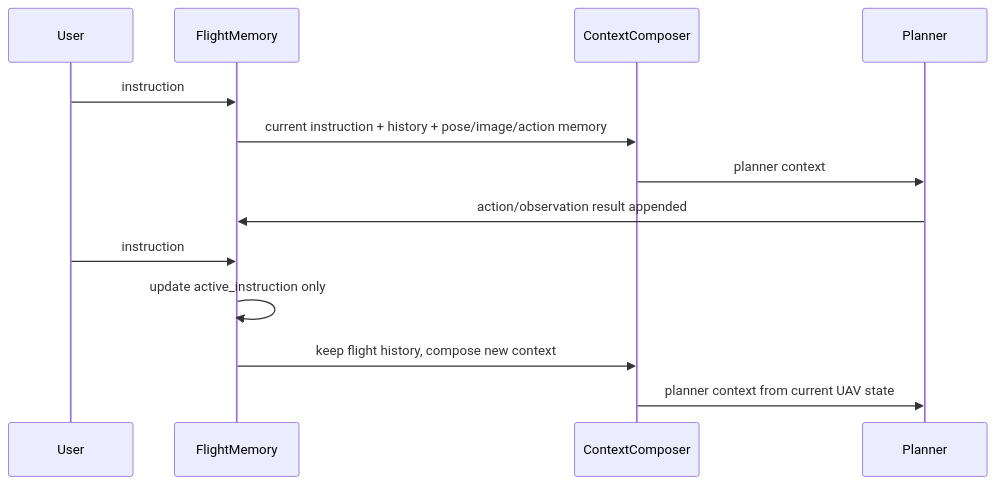
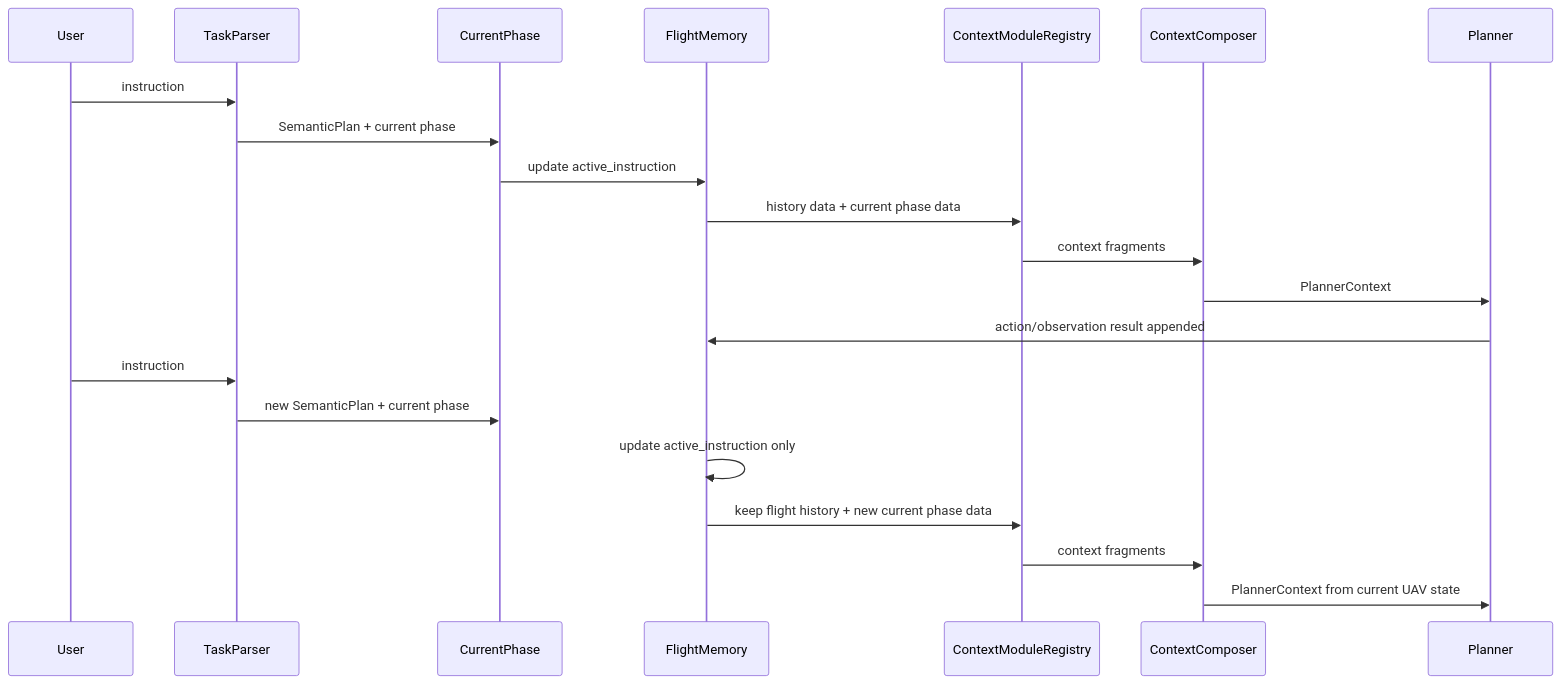
One commit to LZ6years/AeroPilot changed the second of 4 diagrams in docs/memory_system/03_context_composition.md. Above: the diagram before and after it, drawn with Mermaid. The commit also changed other lines of this file and 92 other files, not shown here.

````diff
--- a/docs/memory_system/03_context_composition.md
+++ b/docs/memory_system/03_context_composition.md
@@ -18,17 +81,25 @@
 ```mermaid
 sequenceDiagram
     participant U as User
+    participant TP as TaskParser
+    participant PH as CurrentPhase
     participant FM as FlightMemory
+    participant R as ContextModuleRegistry
     participant CC as ContextComposer
     participant PL as Planner
 
-    U->>FM: instruction #1
-    FM->>CC: current instruction + history + pose/image/action memory
-    CC->>PL: planner context
+    U->>TP: instruction #1
+    TP->>PH: SemanticPlan + current phase
+    PH->>FM: update active_instruction
+    FM->>R: history data + current phase data
+    R->>CC: context fragments
+    CC->>PL: PlannerContext
     PL->>FM: action/observation result appended
 
-    U->>FM: instruction #2
+    U->>TP: instruction #2
+    TP->>PH: new SemanticPlan + current phase
     FM->>FM: update active_instruction only
-    FM->>CC: keep flight history, compose new context
-    CC->>PL: planner context from current UAV state
+    FM->>R: keep flight history + new current phase data
+    R->>CC: context fragments
+    CC->>PL: PlannerContext from current UAV state
 ```
````
